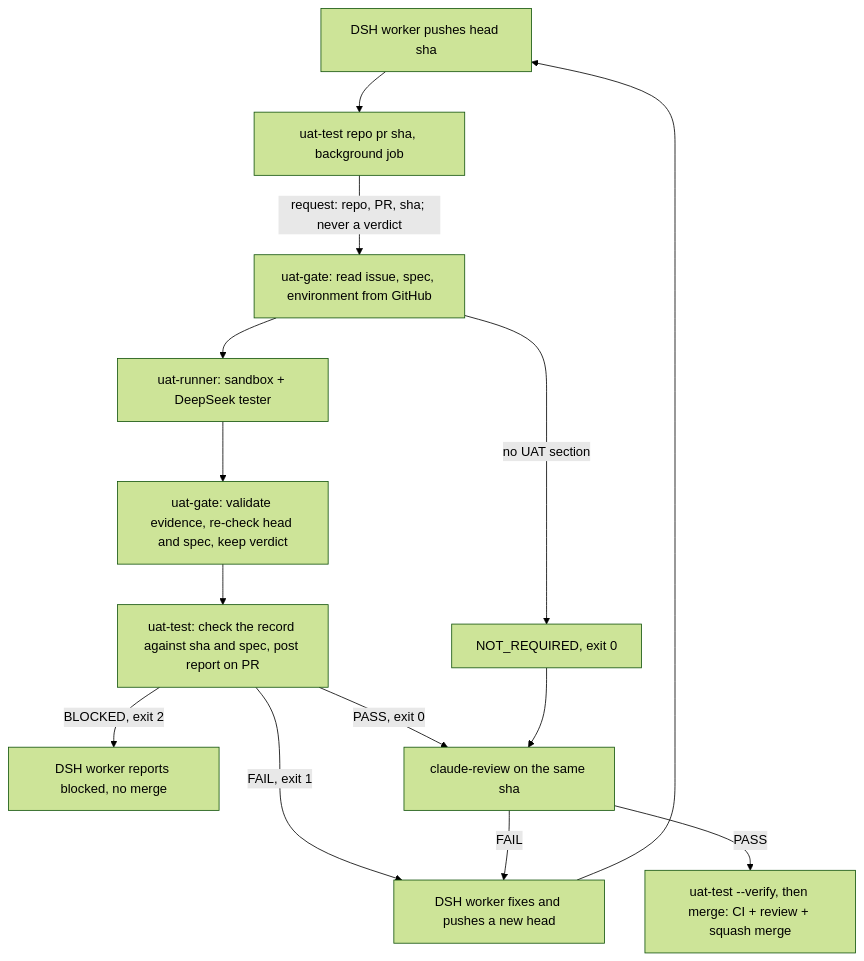
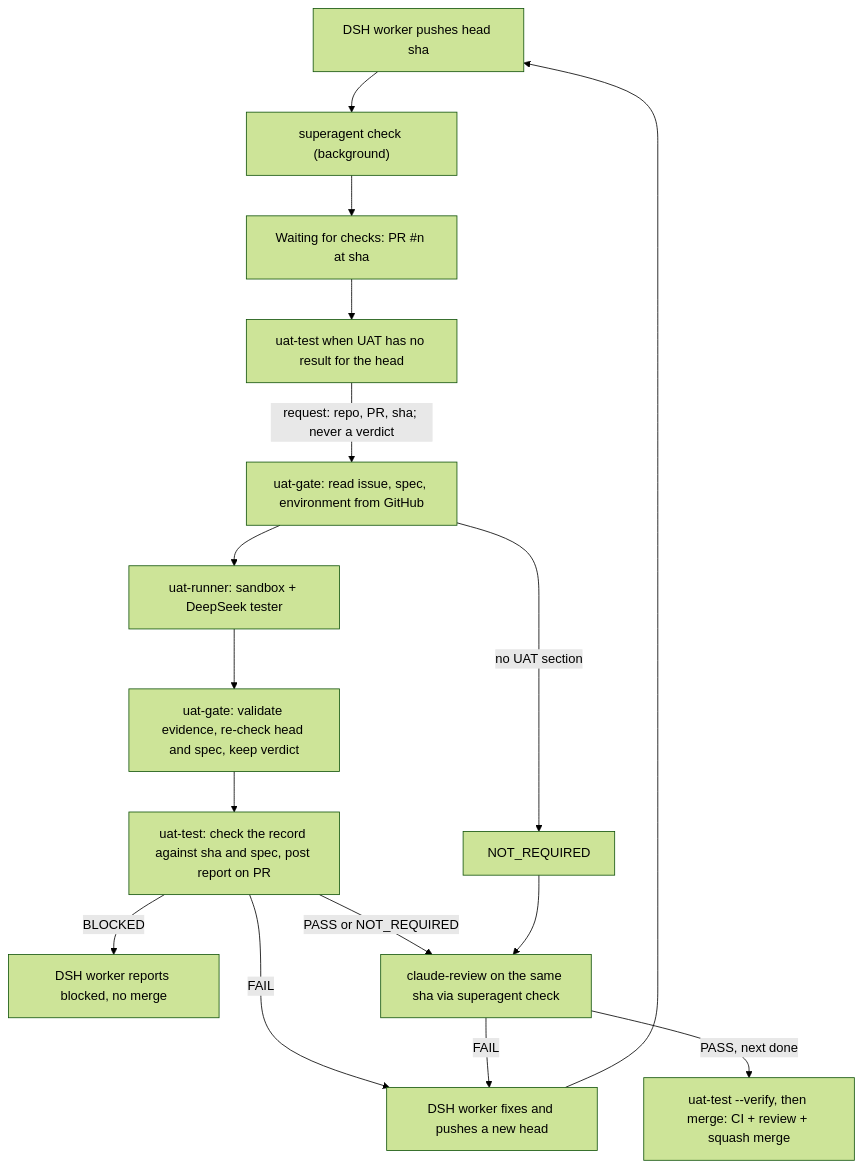
The second of 2 diagrams in README.md (ForkbombEu/superagent), drawn with Mermaid (forest theme) before and after one commit. The commit also changed other lines of this file and 6 other files, not shown here.

First line of the commit message:
feat(checks): switch workers and recovery to superagent check

````diff
--- a/README.md
+++ b/README.md
@@ -280,16 +290,18 @@
 ```mermaid
 flowchart TD
-  P[DSH worker pushes head sha] --> U[uat-test repo pr sha, background job]
+  P[DSH worker pushes head sha] --> S["superagent check (background)"]
+  S --> W["Waiting for checks: PR #n at sha"]
+  W --> U[uat-test when UAT has no result for the head]
   U -->|request: repo, PR, sha; never a verdict| G[uat-gate: read issue, spec, environment from GitHub]
-  G -->|no UAT section| N[NOT_REQUIRED, exit 0]
+  G -->|no UAT section| N[NOT_REQUIRED]
   G --> R[uat-runner: sandbox + DeepSeek tester]
   R --> V[uat-gate: validate evidence, re-check head and spec, keep verdict]
   V --> K[uat-test: check the record against sha and spec, post report on PR]
-  K -->|FAIL, exit 1| X[DSH worker fixes and pushes a new head]
+  K -->|FAIL| X[DSH worker fixes and pushes a new head]
   X --> P
-  K -->|BLOCKED, exit 2| B[DSH worker reports blocked, no merge]
-  K -->|PASS, exit 0| C[claude-review on the same sha]
+  K -->|BLOCKED| B[DSH worker reports blocked, no merge]
+  K -->|PASS or NOT_REQUIRED| C[claude-review on the same sha via superagent check]
   N --> C
   C -->|FAIL| X
-  C -->|PASS| M[uat-test --verify, then merge: CI + review + squash merge]
+  C -->|PASS, next done| M[uat-test --verify, then merge: CI + review + squash merge]
 ```
````
